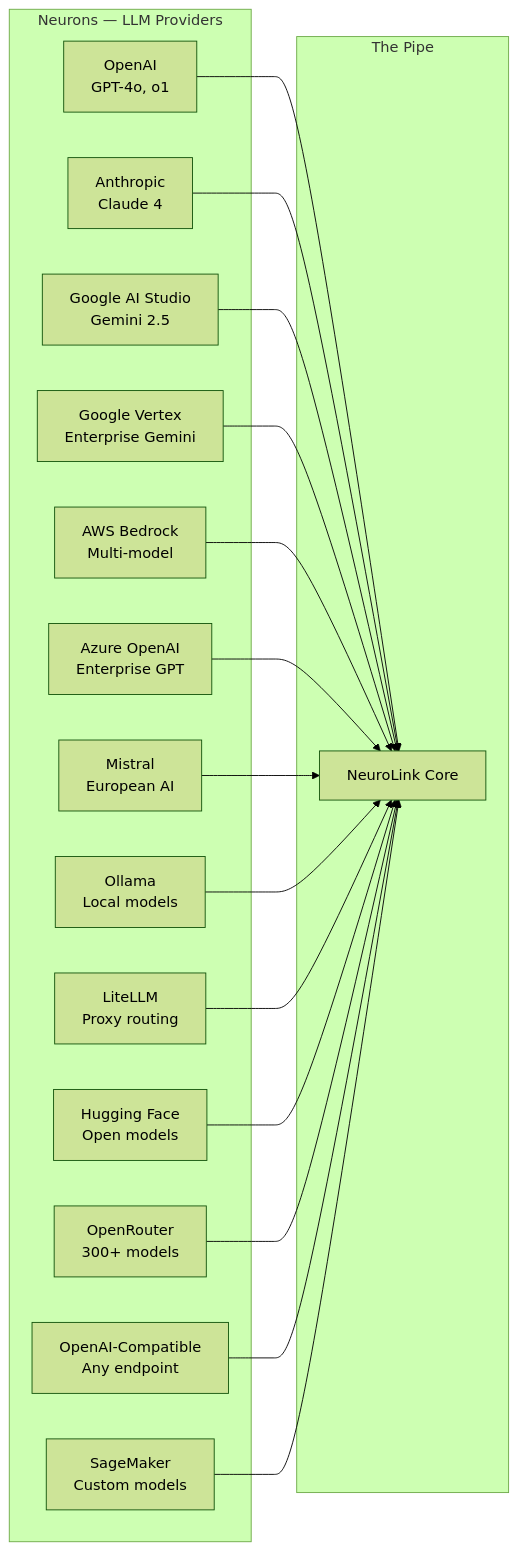
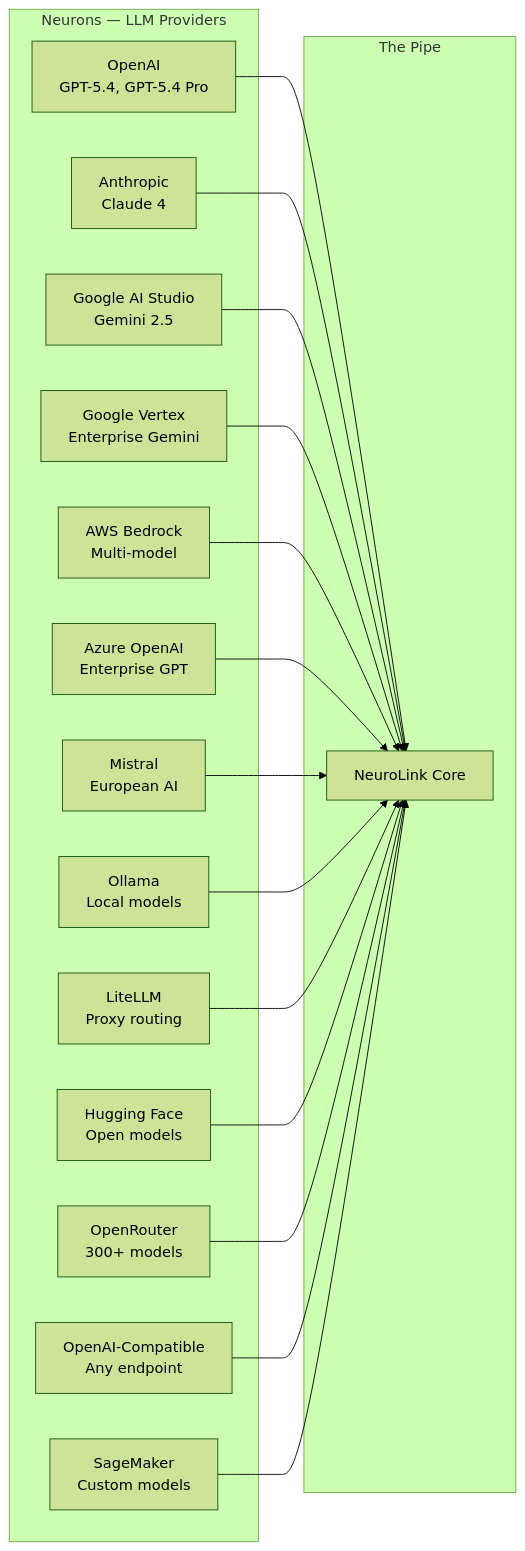
One commit to juspay/neurolink-blog changed the first of 4 diagrams in _posts/2026-03-14-ai-nervous-system-architecture.md. Above: the diagram before and after it, drawn with Mermaid (forest theme). The commit also changed other lines of this file and 172 other files, not shown here.

````diff
--- a/_posts/2026-03-14-ai-nervous-system-architecture.md
+++ b/_posts/2026-03-14-ai-nervous-system-architecture.md
@@ -57,36 +57,36 @@
 ```mermaid
 graph LR
     subgraph "Neurons — LLM Providers"
-        OAI[OpenAI<br/>GPT-4o, o1]
+        OAI[OpenAI<br/>GPT-5.4, GPT-5.4 Pro]
         ANT[Anthropic<br/>Claude 4]
         GAS[Google AI Studio<br/>Gemini 2.5]
         VTX[Google Vertex<br/>Enterprise Gemini]
         BDK[AWS Bedrock<br/>Multi-model]
         AZR[Azure OpenAI<br/>Enterprise GPT]
         MIS[Mistral<br/>European AI]
         OLL[Ollama<br/>Local models]
         LIT[LiteLLM<br/>Proxy routing]
         HF[Hugging Face<br/>Open models]
         OR[OpenRouter<br/>300+ models]
         OC[OpenAI-Compatible<br/>Any endpoint]
         SM[SageMaker<br/>Custom models]
     end
 
     subgraph "The Pipe"
         PIPE[NeuroLink Core]
     end
 
     OAI --> PIPE
     ANT --> PIPE
     GAS --> PIPE
     VTX --> PIPE
     BDK --> PIPE
     AZR --> PIPE
     MIS --> PIPE
     OLL --> PIPE
     LIT --> PIPE
     HF --> PIPE
     OR --> PIPE
     OC --> PIPE
     SM --> PIPE
 ```
````
